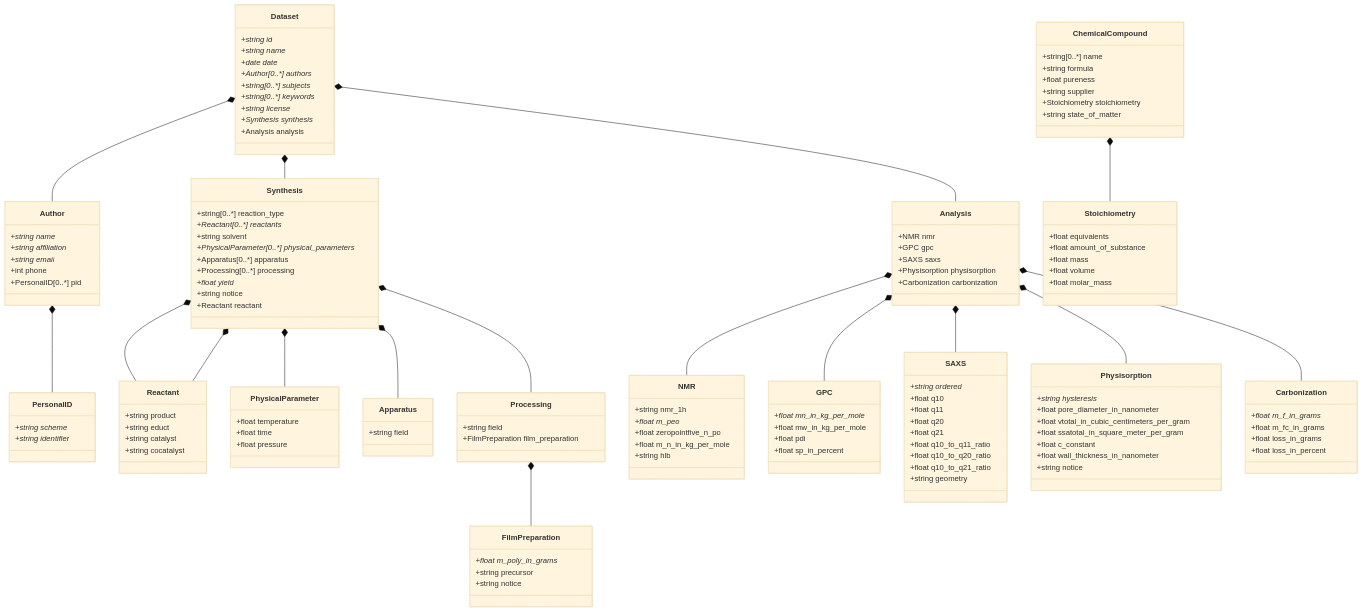
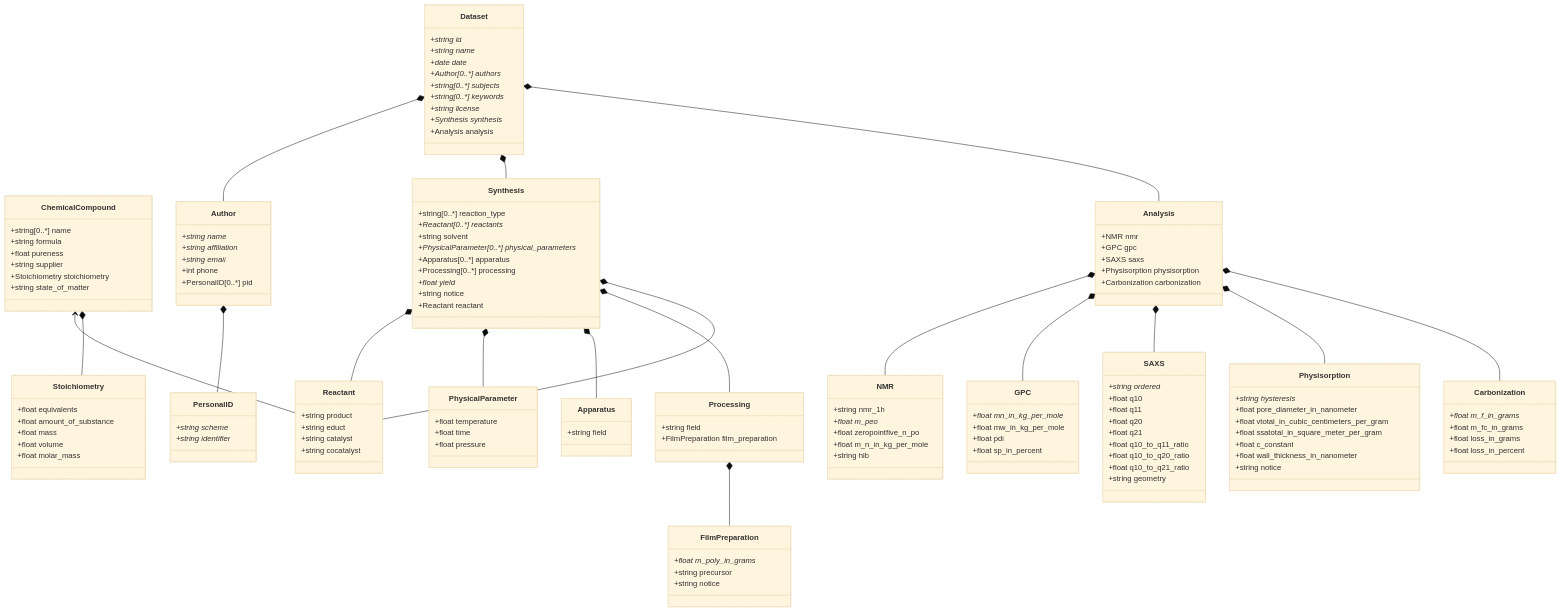
Before and after one commit to patri27x/datamodel_b07_poly: the diagram in DatamodelB07/schemes/Data model for CRC 1333 project B07.md, drawn with Mermaid (base theme). The commit also changed 17 other files, not shown here.

````diff
--- a/DatamodelB07/schemes/Data model for CRC 1333 project B07.md
+++ b/DatamodelB07/schemes/Data model for CRC 1333 project B07.md
@@ -1,5 +1,6 @@
 ```mermaid
 classDiagram
+    ChemicalCompound <-- Reactant
     Dataset *-- Author
     Dataset *-- Synthesis
     Dataset *-- Analysis
````
